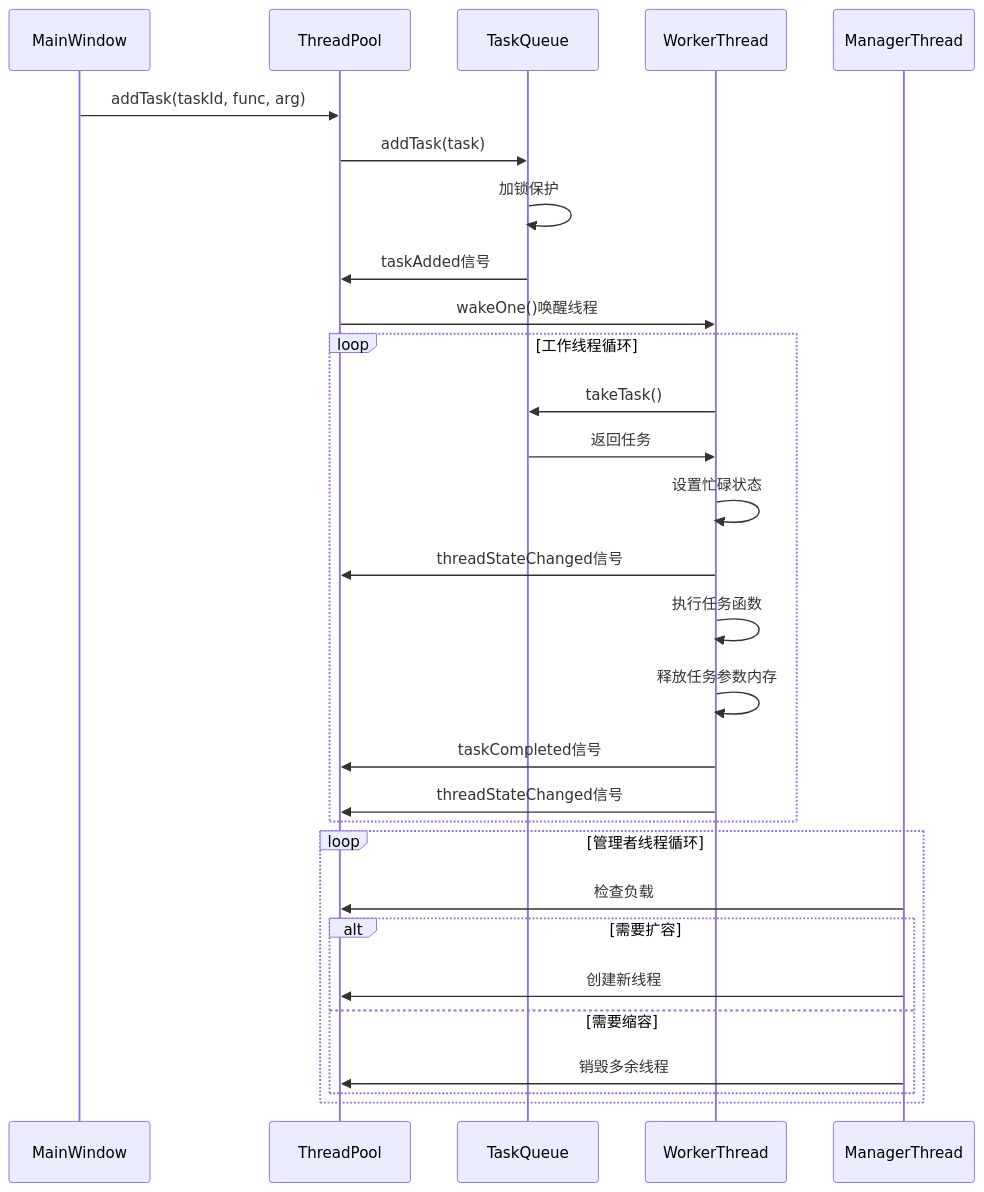
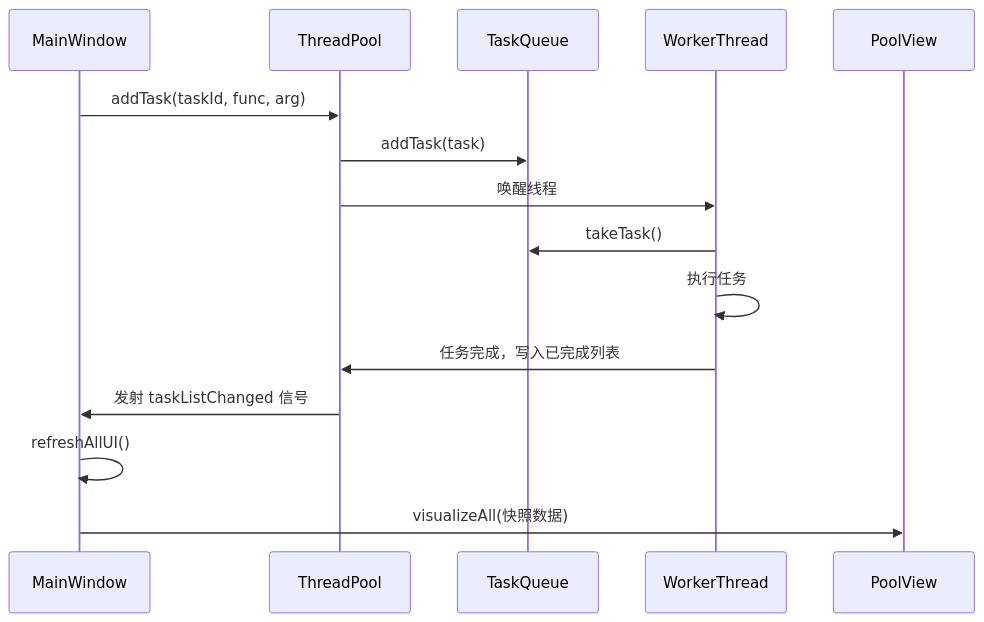
Before and after one commit to HuJingwen1211/QT-ThreadPool: the third of 5 diagrams in README.md, drawn with Mermaid. The commit also changed other lines of this file and 3 other files, not shown here.

````diff
--- a/README.md
+++ b/README.md
@@ -162,34 +162,18 @@
 ```mermaid
 sequenceDiagram
     participant UI as MainWindow
     participant TP as ThreadPool
     participant TQ as TaskQueue
     participant WT as WorkerThread
-    participant MT as ManagerThread
+    participant PV as PoolView
 
     UI->>TP: addTask(taskId, func, arg)
     TP->>TQ: addTask(task)
-    TQ->>TQ: 加锁保护
-    TQ->>TP: taskAdded信号
-    TP->>WT: wakeOne()唤醒线程
-    
-    loop 工作线程循环
-        WT->>TQ: takeTask()
-        TQ->>WT: 返回任务
-        WT->>WT: 设置忙碌状态
-        WT->>TP: threadStateChanged信号
-        WT->>WT: 执行任务函数
-        WT->>WT: 释放任务参数内存
-        WT->>TP: taskCompleted信号
-        WT->>TP: threadStateChanged信号
-    end
-    
-    loop 管理者线程循环
-        MT->>TP: 检查负载
-        alt 需要扩容
-            MT->>TP: 创建新线程
-        else 需要缩容
-            MT->>TP: 销毁多余线程
-        end
-    end
+    TP->>WT: 唤醒线程
+    WT->>TQ: takeTask()
+    WT->>WT: 执行任务
+    WT->>TP: 任务完成，写入已完成列表
+    TP->>UI: 发射 taskListChanged 信号
+    UI->>UI: refreshAllUI()
+    UI->>PV: visualizeAll(快照数据)
 ```
````
